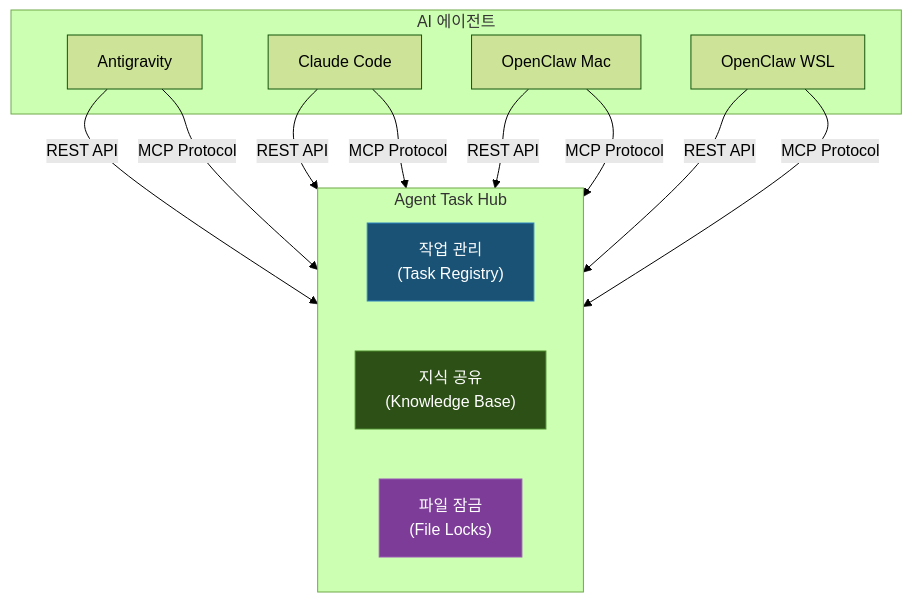
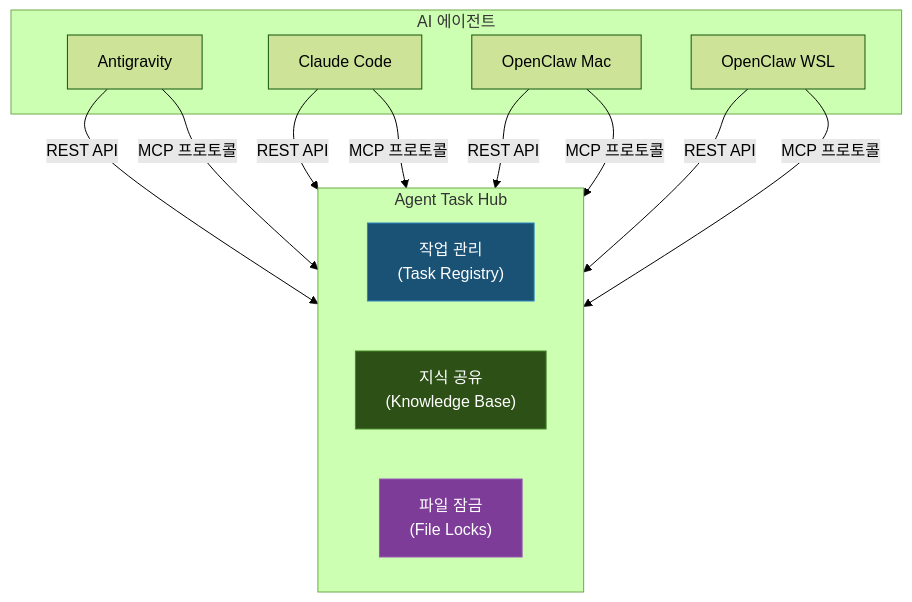
Before and after one commit to whguswka/whguswka.github.io: the first of 3 diagrams in _posts/2026-03-27-multi-agent-orchestration.md, drawn with Mermaid (forest theme). The commit also changed other lines of this file and 3 other files, not shown here.

````diff
--- a/_posts/2026-03-27-multi-agent-orchestration.md
+++ b/_posts/2026-03-27-multi-agent-orchestration.md
@@ -71,22 +69,22 @@
 ```mermaid
 graph TB
     subgraph ATH["Agent Task Hub"]
         T["작업 관리\n(Task Registry)"]
         K["지식 공유\n(Knowledge Base)"]
         L["파일 잠금\n(File Locks)"]
     end
 
     subgraph Agents["AI 에이전트"]
         AG[Antigravity]
         CC[Claude Code]
         CM[OpenClaw Mac]
         CW[OpenClaw WSL]
     end
 
     AG & CC & CM & CW -->|REST API| ATH
-    AG & CC & CM & CW -->|MCP Protocol| ATH
+    AG & CC & CM & CW -->|MCP 프로토콜| ATH
 
     style T fill:#1a5276,stroke:#2e86c1,color:#fff
     style K fill:#2d5016,stroke:#4a8c2a,color:#fff
     style L fill:#7d3c98,stroke:#9b59b6,color:#fff
 ```
````
